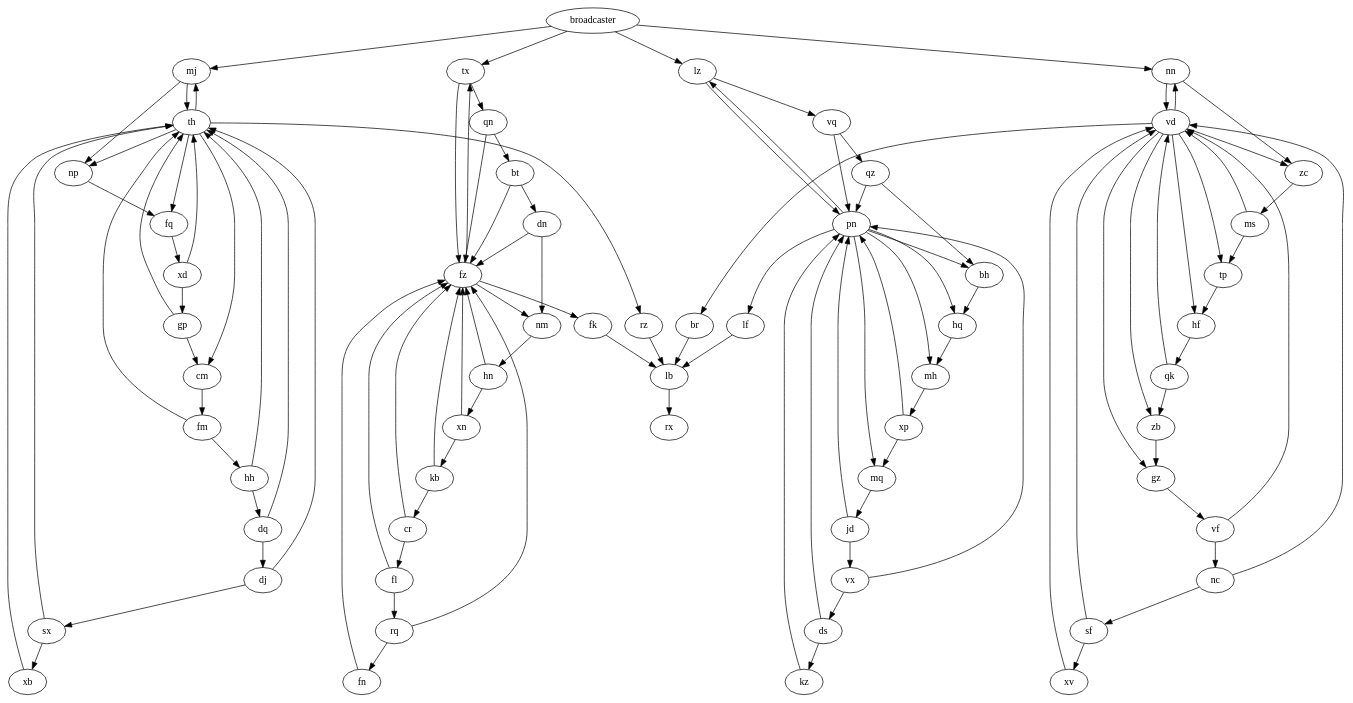
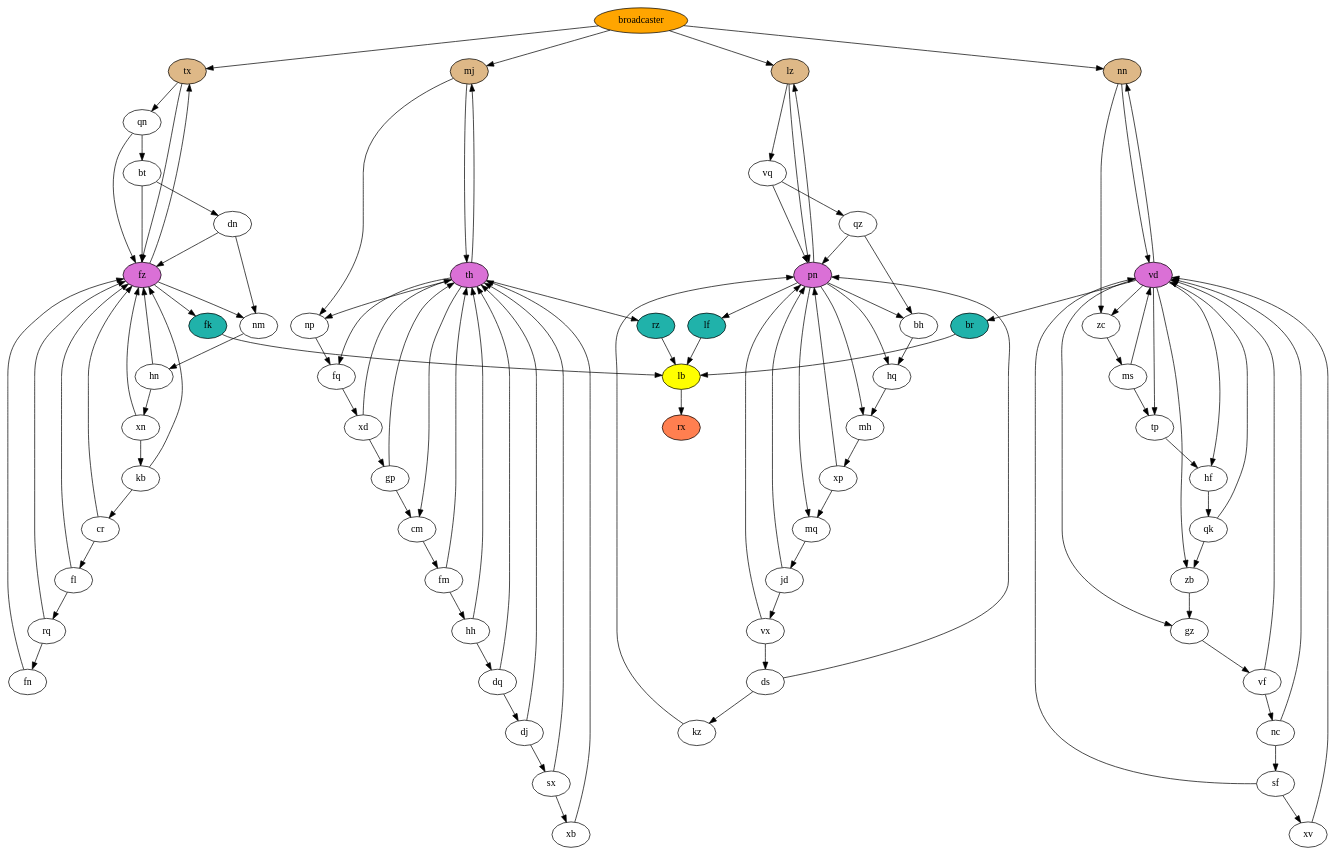
One commit to adamrodger/advent-2023 changed the diagram in src/AdventOfCode/inputs/day20_graphviz.dot. Above: the diagram before and after it, drawn with Graphviz.

Commit message:
day(20): Better visualisation

```diff
--- a/src/AdventOfCode/inputs/day20_graphviz.dot
+++ b/src/AdventOfCode/inputs/day20_graphviz.dot
@@ -1,75 +1,102 @@
-digraph D {
+digraph Modules {
+    # entry point
+    broadcaster -> {nn, lz, mj, tx}
+    broadcaster [style=filled fillcolor=orange]
 
-{ rank = same mj nn tx lz }
+    # broadcast entry points
+    { rank = same mj nn tx lz }
+    mj [style=filled fillcolor=burlywood]
+    nn [style=filled fillcolor=burlywood]
+    tx [style=filled fillcolor=burlywood]
+    lz [style=filled fillcolor=burlywood]
 
-{ rank = same fk rz lf br }
+    # loop exit check points
+    { rank = same fz pn vd th }
+    fz [style=filled fillcolor=orchid]
+    pn [style=filled fillcolor=orchid]
+    vd [style=filled fillcolor=orchid]
+    th [style=filled fillcolor=orchid]
 
-subgraph control {
-    fk -> {lb}
-    rz -> {lb}
-    lf -> {lb}
-    br -> {lb}
-    lb -> {rx}
+    # special output points
+    { rank = same fk rz lf br }
+    fk [style=filled fillcolor=lightseagreen]
+    rz [style=filled fillcolor=lightseagreen]
+    lf [style=filled fillcolor=lightseagreen]
+    br [style=filled fillcolor=lightseagreen]
+
+    # output points
+    lb [style=filled fillcolor=yellow]
+    rx [style=filled fillcolor=coral]
+
+    subgraph cycle1 {
+        mj -> {th, np}
+        th -> {mj, rz, np, fq, cm}
+        np -> {fq}
+        fq -> {xd}
+        xd -> {th, gp}
+        gp -> {cm, th}
+        cm -> {fm}
+        fm -> {hh, th}
+        hh -> {th, dq}
+        dq -> {dj, th}
+        dj -> {th, sx}
+        sx -> {th, xb}
+        xb -> {th}
+    }
+
+    subgraph cycle2 {
+        tx -> {fz, qn}
+        qn -> {fz, bt}
+        bt -> {fz, dn}
+        dn -> {nm, fz}
+        fz -> {fk, nm, tx}
+        nm -> {hn}
+        hn -> {xn, fz}
+        xn -> {fz, kb}
+        kb -> {cr, fz}
+        cr -> {fl, fz}
+        fl -> {fz, rq}
+        rq -> {fn, fz}
+        fn -> {fz}
+    }
+
+    subgraph cycle3 {
+        lz -> {vq, pn}
+        vq -> {qz, pn}
+        pn -> {lz, hq, lf, mh, bh, mq}
+        qz -> {bh, pn}
+        bh -> {hq}
+        hq -> {mh}
+        mh -> {xp}
+        xp -> {pn, mq}
+        mq -> {jd}
+        jd -> {pn, vx}
+        vx -> {pn, ds}
+        ds -> {kz, pn}
+        kz -> {pn}
+    }
+
+    subgraph cycle4 {
+        nn -> {vd, zc}
+        vd -> {zc, nn, hf, br, zb, tp, gz}
+        zc -> {ms}
+        ms -> {tp, vd}
+        tp -> {hf}
+        hf -> {qk}
+        qk -> {vd, zb}
+        zb -> {gz}
+        gz -> {vf}
+        vf -> {nc, vd}
+        nc -> {sf, vd}
+        sf -> {vd, xv}
+        xv -> {vd}
+    }
+
+    subgraph outputs {
+        fk -> {lb}
+        rz -> {lb}
+        lf -> {lb}
+        br -> {lb}
+        lb -> {rx}
+    }
 }
-
-
-hf -> {qk}
-xp -> {pn, mq}
-
-nm -> {hn}
-zb -> {gz}
-
-nn -> {vd, zc}
-xn -> {fz, kb}
-gz -> {vf}
-pn -> {lz, hq, lf, mh, bh, mq}
-xb -> {th}
-vf -> {nc, vd}
-ds -> {kz, pn}
-cm -> {fm}
-qz -> {bh, pn}
-
-
-vx -> {pn, ds}
-kz -> {pn}
-gp -> {cm, th}
-hq -> {mh}
-fq -> {xd}
-mj -> {th, np}
-lz -> {vq, pn}
-hn -> {xn, fz}
-fl -> {fz, rq}
-fm -> {hh, th}
-tx -> {fz, qn}
-mh -> {xp}
-dn -> {nm, fz}
-xv -> {vd}
-vd -> {zc, nn, hf, br, zb, tp, gz}
-np -> {fq}
-sf -> {vd, xv}
-rq -> {fn, fz}
-zc -> {ms}
-
-qn -> {fz, bt}
-qk -> {vd, zb}
-ms -> {tp, vd}
-xd -> {th, gp}
-hh -> {th, dq}
-sx -> {th, xb}
-fn -> {fz}
-jd -> {pn, vx}
-mq -> {jd}
-th -> {mj, rz, np, fq, cm}
-bt -> {fz, dn}
-dq -> {dj, th}
-tp -> {hf}
-nc -> {sf, vd}
-broadcaster -> {nn, lz, mj, tx}
-bh -> {hq}
-fz -> {fk, nm, tx}
-cr -> {fl, fz}
-vq -> {qz, pn}
-dj -> {th, sx}
-kb -> {cr, fz}
-
-}
```
